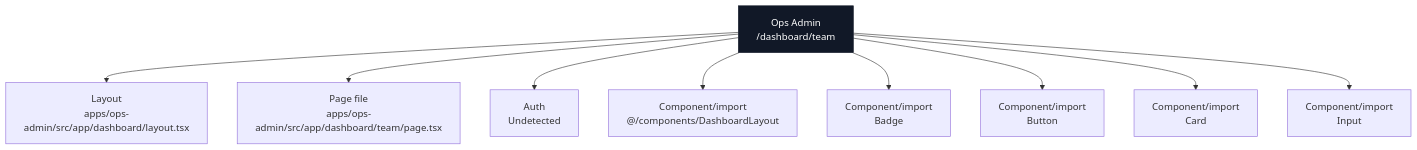
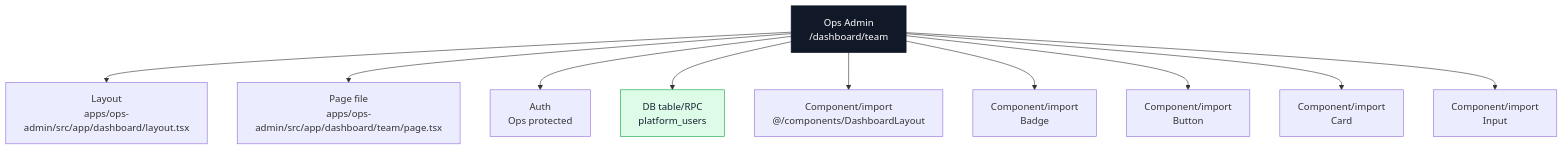
One commit to Ritenoob/ridendine-marketplace changed diagram 38 of 40 in docs/architecture/codebase-map/pages/ops-admin-pages.md. Above: the diagram before and after it, drawn with Mermaid. The commit also changed other lines of this file and 34 other files, not shown here.

````diff
--- a/docs/architecture/codebase-map/pages/ops-admin-pages.md
+++ b/docs/architecture/codebase-map/pages/ops-admin-pages.md
@@ -2837,25 +2864,28 @@
 ```mermaid
 flowchart TB
   Page["Ops Admin<br/>/dashboard/team"]
   Layout["Layout<br/>apps/ops-admin/src/app/dashboard/layout.tsx"]
   File["Page file<br/>apps/ops-admin/src/app/dashboard/team/page.tsx"]
-  Auth["Auth<br/>Undetected"]
+  Auth["Auth<br/>Ops protected"]
   Page --> Layout
   Page --> File
   Page --> Auth
+  Table0["DB table/RPC<br/>platform_users"]
+  Page --> Table0
   Component0["Component/import<br/>@/components/DashboardLayout"]
   Page --> Component0
   Component1["Component/import<br/>Badge"]
   Page --> Component1
   Component2["Component/import<br/>Button"]
   Page --> Component2
   Component3["Component/import<br/>Card"]
   Page --> Component3
   Component4["Component/import<br/>Input"]
   Page --> Component4
   classDef page fill:#111827,stroke:#111827,color:#ffffff
   classDef data fill:#dcfce7,stroke:#16a34a,color:#172033
   classDef api fill:#dbeafe,stroke:#2563eb,color:#172033
   classDef warn fill:#fef3c7,stroke:#f59e0b,color:#172033
   class Page page
+  class Table0 data
 ```
````
